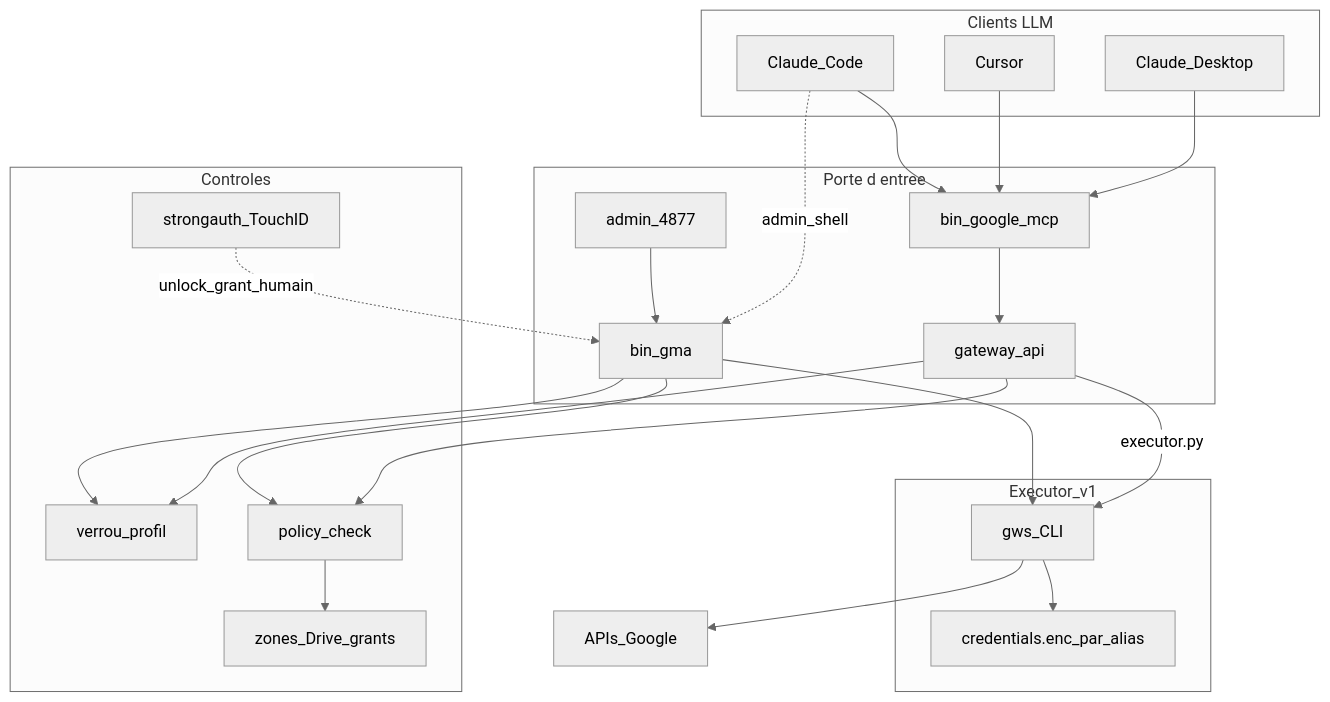
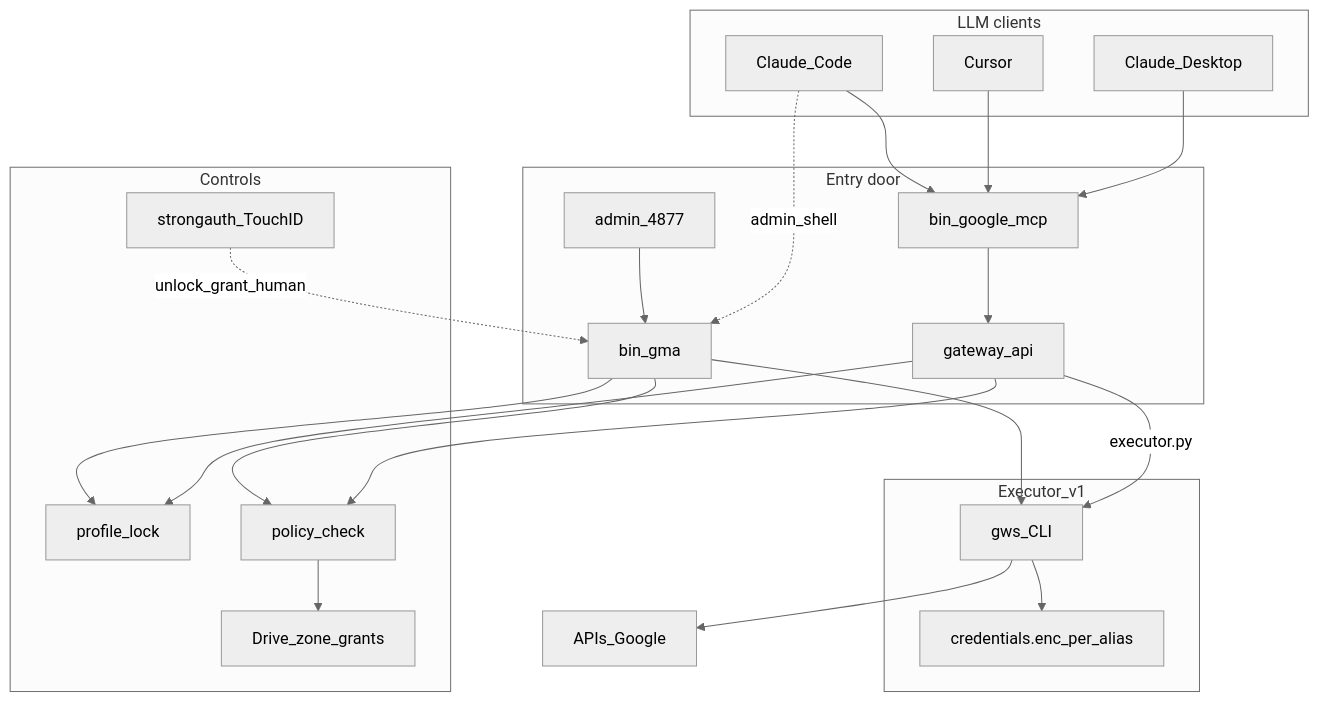
One commit to elzinko/google-mcp-multi-account changed the diagram in docs/architecture.md. Above: the diagram before and after it, drawn with Mermaid (neutral theme). The commit also changed other lines of this file and 75 other files, not shown here.

````diff
--- a/docs/architecture.md
+++ b/docs/architecture.md
@@ -23,46 +23,46 @@
 ```mermaid
 flowchart TD
-  subgraph clients [Clients LLM]
+  subgraph clients [LLM clients]
     Desktop[Claude_Desktop]
     Cursor[Cursor]
     Code[Claude_Code]
   end
 
-  subgraph entry [Porte d entree]
+  subgraph entry [Entry door]
     MCP[bin_google_mcp]
     GW[gateway_api]
     GMA[bin_gma]
     Admin[admin_4877]
   end
 
-  subgraph controls [Controles]
-    Lock[verrou_profil]
+  subgraph controls [Controls]
+    Lock[profile_lock]
     Pol[policy_check]
-    Grants[zones_Drive_grants]
+    Grants[Drive_zone_grants]
     Strong[strongauth_TouchID]
   end
 
   subgraph exec [Executor_v1]
     GWS[gws_CLI]
-    Creds["credentials.enc_par_alias"]
+    Creds["credentials.enc_per_alias"]
   end
 
   Google[APIs_Google]
 
   Desktop --> MCP
   Cursor --> MCP
   Code --> MCP
   Code -.->|admin_shell| GMA
   Admin --> GMA
   MCP --> GW
   GW --> Lock
   GW --> Pol
   GMA --> Lock
   GMA --> Pol
   Pol --> Grants
-  Strong -.->|unlock_grant_humain| GMA
+  Strong -.->|unlock_grant_human| GMA
   GW -->|executor.py| GWS
   GMA --> GWS
   GWS --> Creds
   GWS --> Google
 ```
````
